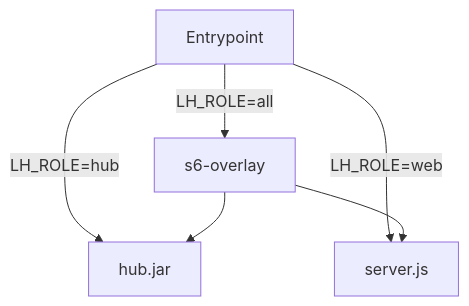
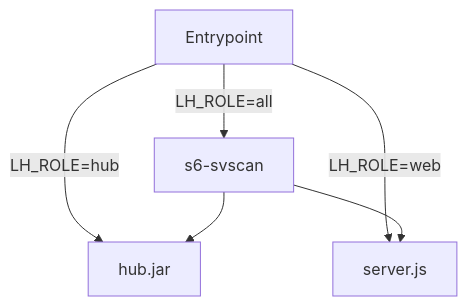
Before and after one commit to peppe-ruv/Loyalty_Sys: the diagram in deploy/image/README.md, drawn with Mermaid. The commit also changed other lines of this file and 7 other files, not shown here.

````diff
--- a/deploy/image/README.md
+++ b/deploy/image/README.md
@@ -14,10 +14,10 @@
 ```mermaid
 flowchart TD
     accTitle: Architettura Ruoli
     accDescr: Diagramma di avvio ruoli immagine
-    E[Entrypoint] --> |LH_ROLE=all| S[s6-overlay]
+    E[Entrypoint] --> |LH_ROLE=all| S[s6-svscan]
     E --> |LH_ROLE=hub| H[hub.jar]
     E --> |LH_ROLE=web| W[server.js]
     S --> H
     S --> W
 ```
````
